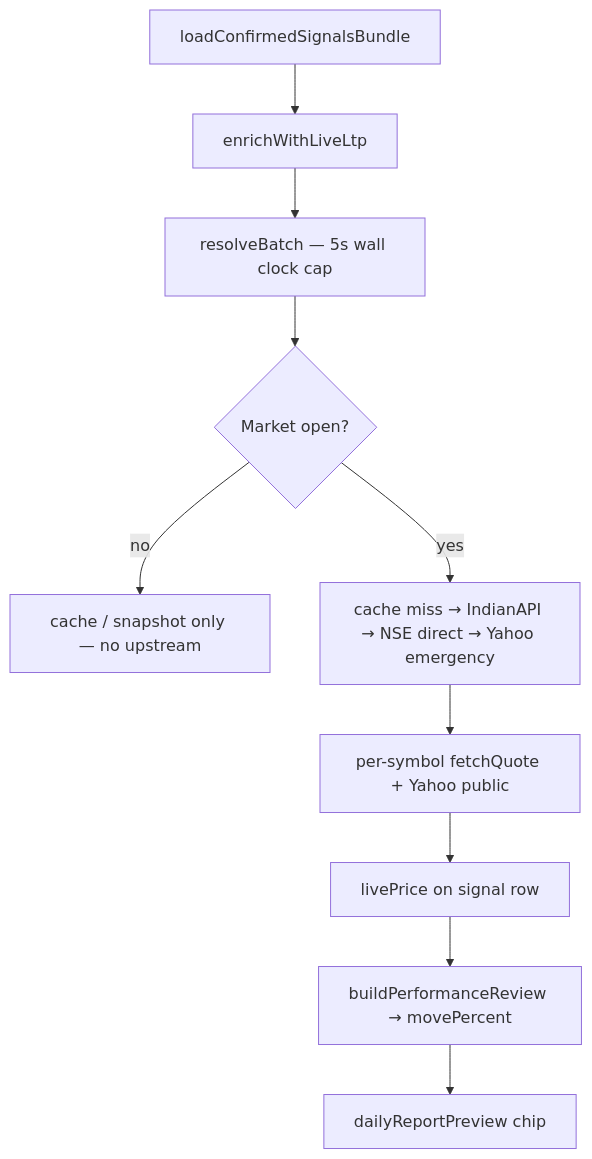
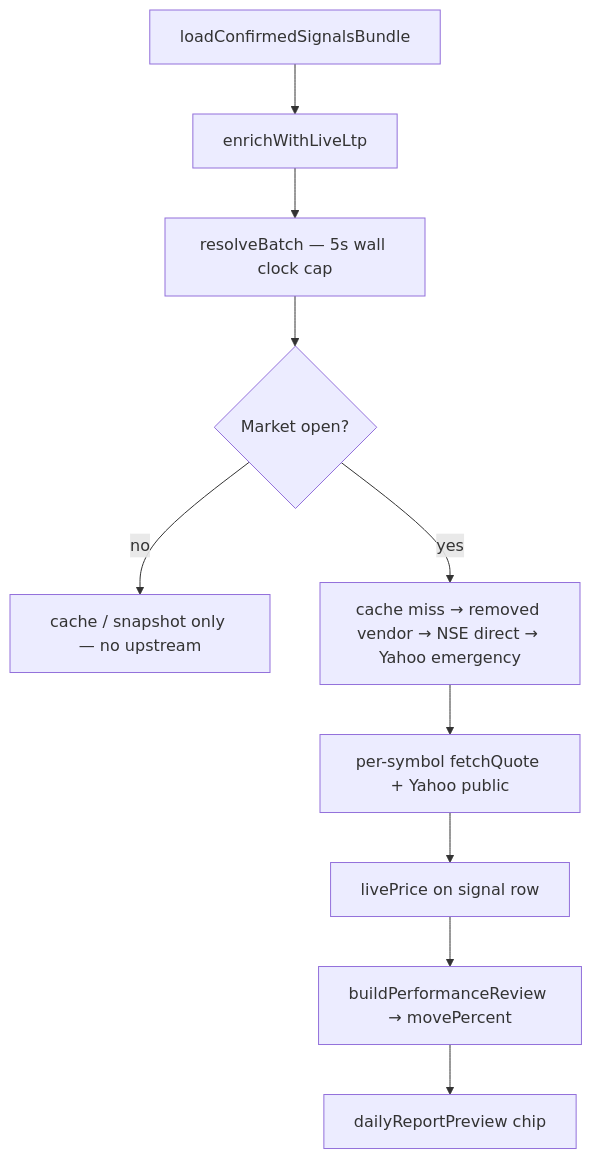
The fifth of 7 diagrams in ARCHITECTURE.md (saurabhmani/api-update), drawn with Mermaid before and after one commit. The commit also changed other lines of this file and 201 other files, not shown here.

Commit message:
Removed IndianAPI

````diff
--- a/ARCHITECTURE.md
+++ b/ARCHITECTURE.md
@@ -252,12 +252,12 @@
 ```mermaid
 flowchart TD
     Bundle[loadConfirmedSignalsBundle] --> Enrich[enrichWithLiveLtp]
     Enrich --> RB[resolveBatch — 5s wall clock cap]
     RB --> Closed{Market open?}
     Closed -->|no| CacheOnly[cache / snapshot only — no upstream]
-    Closed -->|yes| Chain[cache miss → IndianAPI → NSE direct → Yahoo emergency]
+    Closed -->|yes| Chain[cache miss → removed vendor → NSE direct → Yahoo emergency]
     Chain --> Fallback[per-symbol fetchQuote + Yahoo public]
     Fallback --> Row[livePrice on signal row]
     Row --> Perf[buildPerformanceReview → movePercent]
     Perf --> Preview[dailyReportPreview chip]
 ```
````
